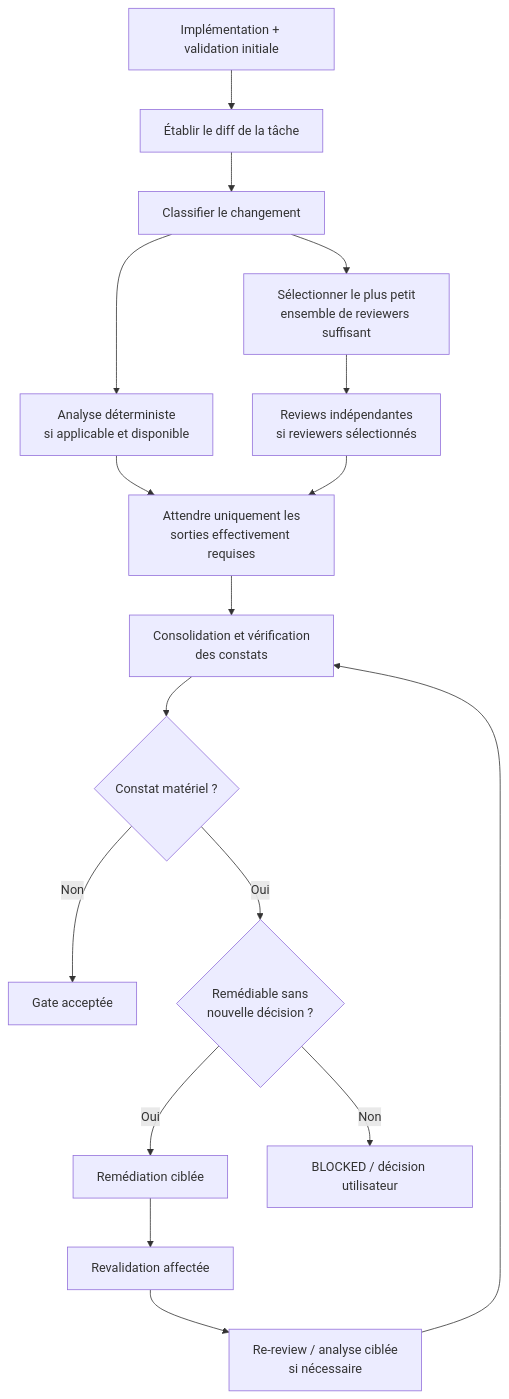
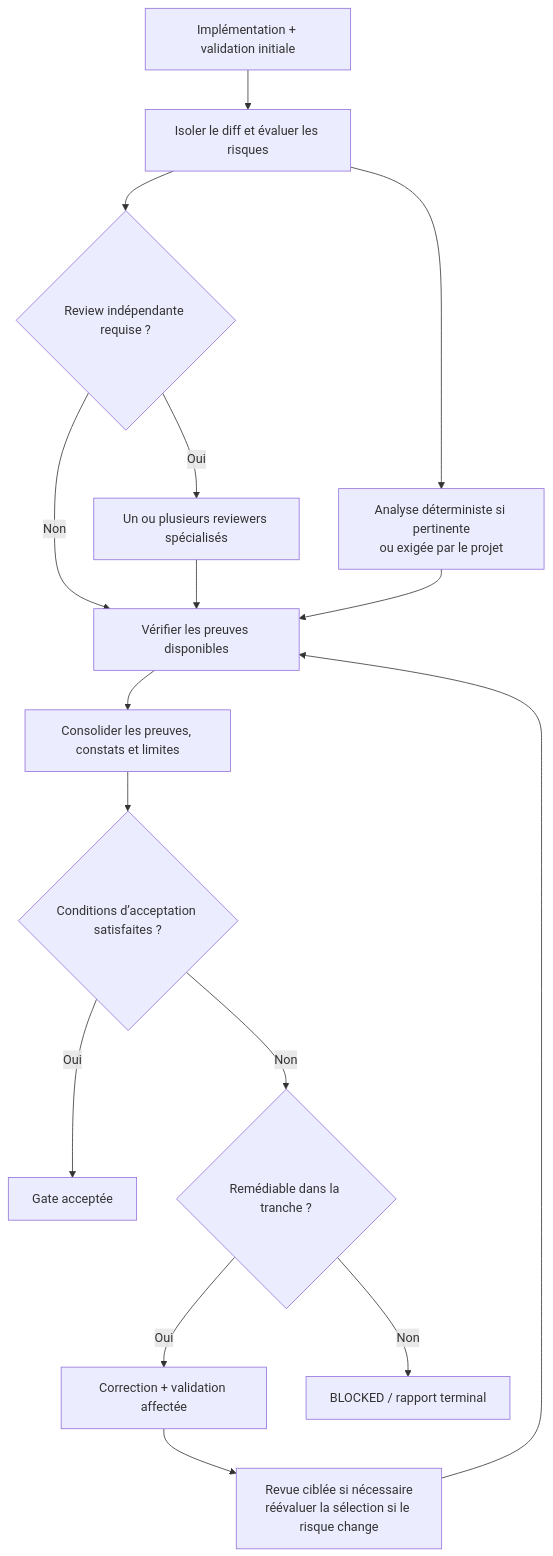
The diagram in review/REVIEW_AND_REMEDIATION_WORKFLOW.md (Wavell38/ai-assisted-software-engineering-workflow), drawn with Mermaid before and after one commit. The commit also changed other lines of this file and 9 other files, not shown here.

````diff
--- a/review/REVIEW_AND_REMEDIATION_WORKFLOW.md
+++ b/review/REVIEW_AND_REMEDIATION_WORKFLOW.md
@@ -77,26 +32,18 @@
 ```mermaid
 flowchart TD
-    A[Implémentation + validation initiale] --> B[Établir le diff de la tâche]
-    B --> C[Classifier le changement]
-
-    C --> D[Sélectionner le plus petit<br/>ensemble de reviewers suffisant]
-    C --> E[Analyse déterministe<br/>si applicable et disponible]
-
-    D --> F[Reviews indépendantes<br/>si reviewers sélectionnés]
-    E --> G[Attendre uniquement les<br/>sorties effectivement requises]
-    F --> G
-
-    G --> H[Consolidation et vérification<br/>des constats]
-
-    H --> I{Constat matériel ?}
-
-    I -->|Non| J[Gate acceptée]
-    I -->|Oui| K{Remédiable sans<br/>nouvelle décision ?}
-
-    K -->|Oui| L[Remédiation ciblée]
-    L --> M[Revalidation affectée]
-    M --> N[Re-review / analyse ciblée<br/>si nécessaire]
-    N --> H
-
-    K -->|Non| O[BLOCKED / décision utilisateur]
+    A[Implémentation + validation initiale] --> B[Isoler le diff et évaluer les risques]
+    B --> C{Review indépendante requise ?}
+    C -->|Non| F[Vérifier les preuves disponibles]
+    C -->|Oui| D[Un ou plusieurs reviewers spécialisés]
+    D --> F
+    B --> E[Analyse déterministe si pertinente<br/>ou exigée par le projet]
+    E --> F
+    F --> G[Consolider les preuves, constats et limites]
+    G --> H{Conditions d’acceptation satisfaites ?}
+    H -->|Oui| I[Gate acceptée]
+    H -->|Non| J{Remédiable dans la tranche ?}
+    J -->|Oui| K[Correction + validation affectée]
+    K --> L[Revue ciblée si nécessaire<br/>réévaluer la sélection si le risque change]
+    L --> F
+    J -->|Non| M[BLOCKED / rapport terminal]
 ```
````
